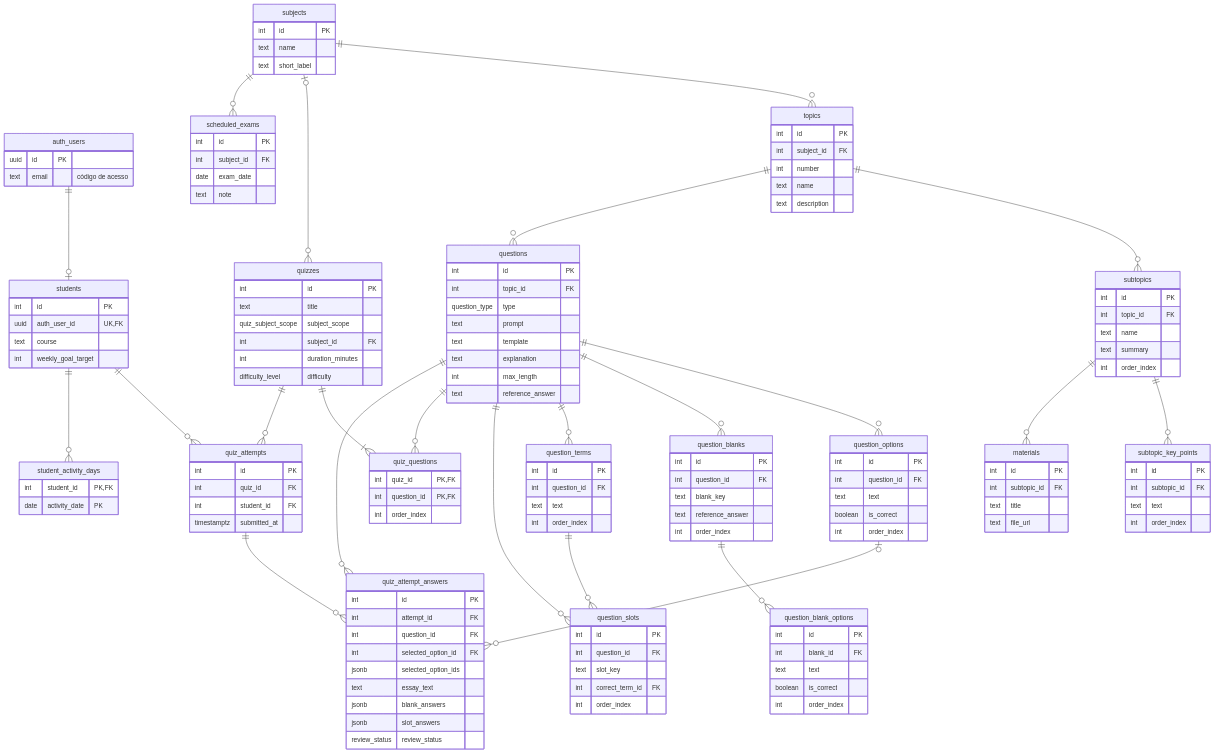
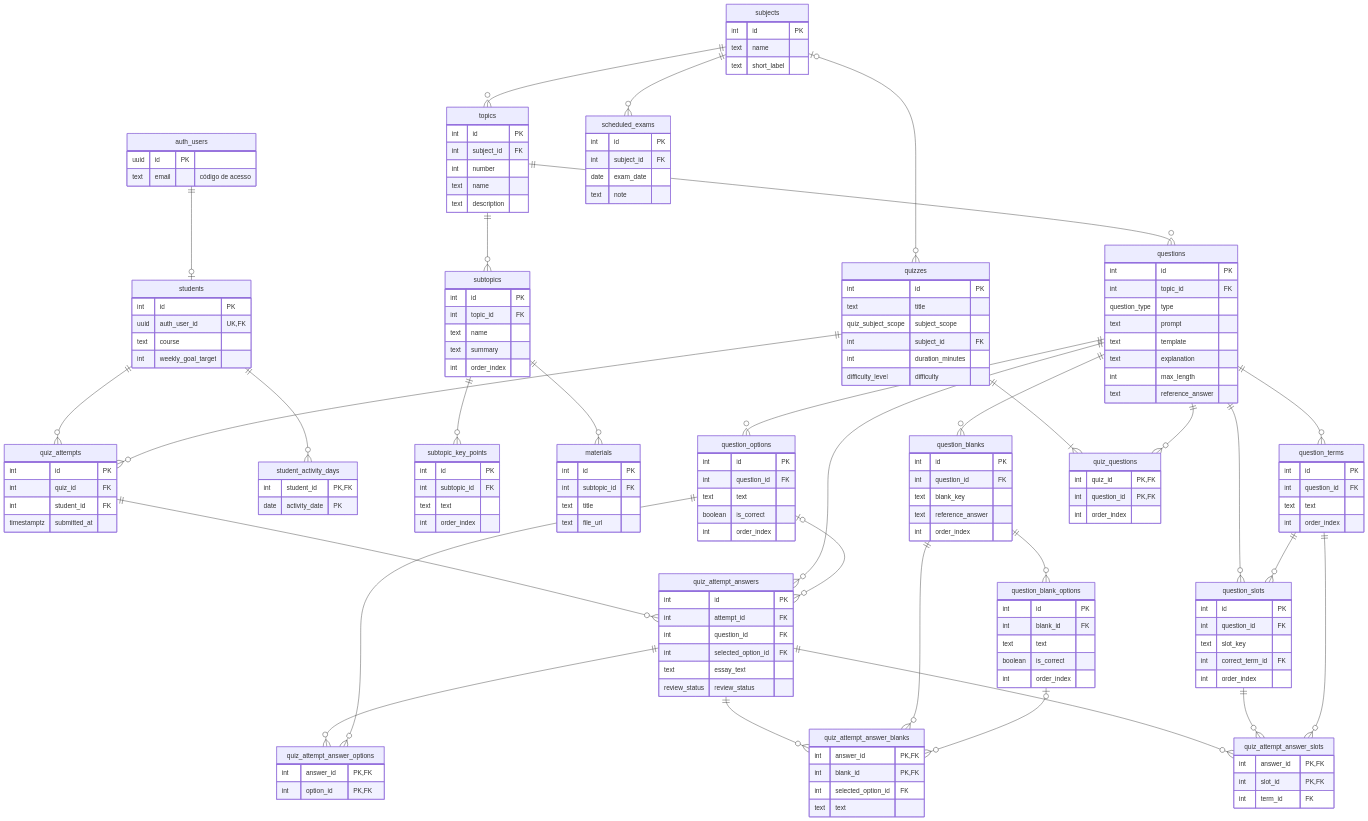
One commit to igor-fuchs01/student-app changed the second of 2 diagrams in docs/06-modelagem-de-dados.md. Above: the diagram before and after it, drawn with Mermaid. The commit also changed other lines of this file and 4 other files, not shown here.

```diff
--- a/docs/06-modelagem-de-dados.md
+++ b/docs/06-modelagem-de-dados.md
@@ -317,6 +319,14 @@
     quiz_attempts ||--o{ quiz_attempt_answers : ""
     questions ||--o{ quiz_attempt_answers : ""
     question_options |o--o{ quiz_attempt_answers : ""
+    quiz_attempt_answers ||--o{ quiz_attempt_answer_options : ""
+    question_options ||--o{ quiz_attempt_answer_options : ""
+    quiz_attempt_answers ||--o{ quiz_attempt_answer_blanks : ""
+    question_blanks ||--o{ quiz_attempt_answer_blanks : ""
+    question_blank_options |o--o{ quiz_attempt_answer_blanks : ""
+    quiz_attempt_answers ||--o{ quiz_attempt_answer_slots : ""
+    question_slots ||--o{ quiz_attempt_answer_slots : ""
+    question_terms ||--o{ quiz_attempt_answer_slots : ""
 
     subjects ||--o{ scheduled_exams : ""
 
@@ -452,11 +462,26 @@
         int attempt_id FK
         int question_id FK
         int selected_option_id FK
-        jsonb selected_option_ids
         text essay_text
-        jsonb blank_answers
-        jsonb slot_answers
         review_status review_status
+    }
+
+    quiz_attempt_answer_options {
+        int answer_id PK, FK
+        int option_id PK, FK
+    }
+
+    quiz_attempt_answer_blanks {
+        int answer_id PK, FK
+        int blank_id PK, FK
+        int selected_option_id FK
+        text text
+    }
+
+    quiz_attempt_answer_slots {
+        int answer_id PK, FK
+        int slot_id PK, FK
+        int term_id FK
     }
 
     student_activity_days {
```
